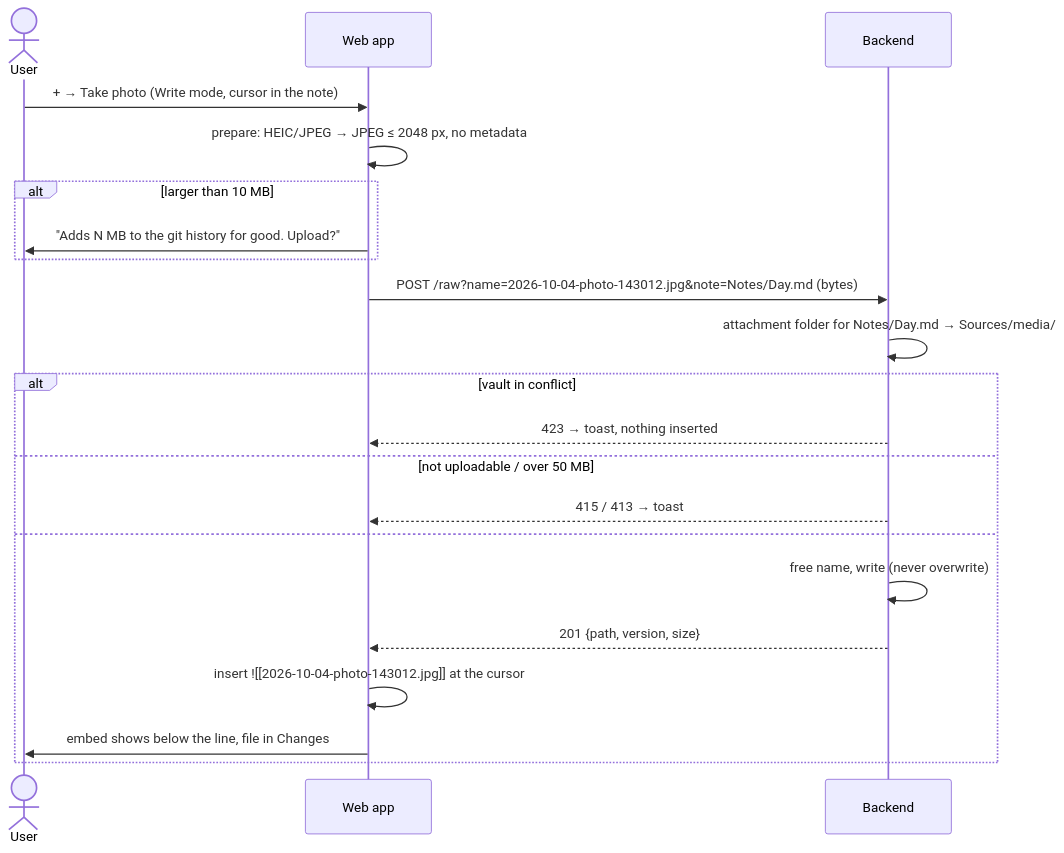
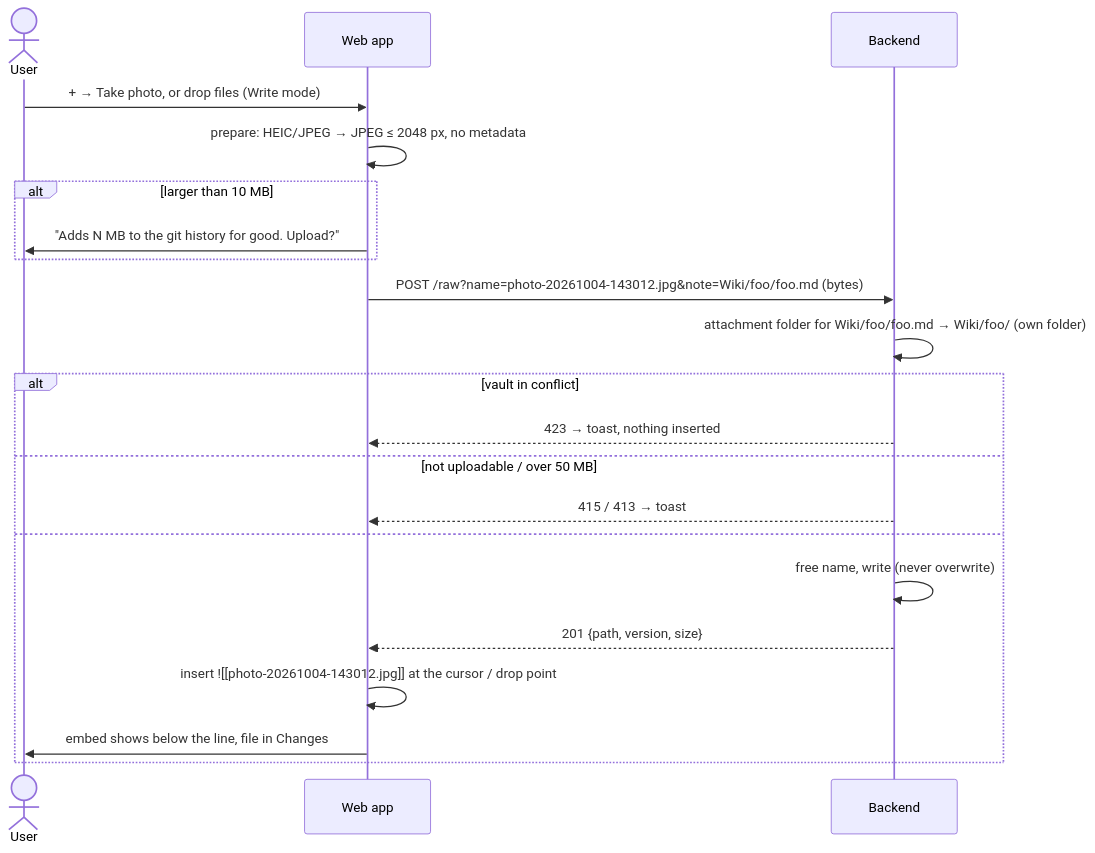
Before and after one commit to tillg/karpathy.app: the third of 4 diagrams in specs/changes/attachments/domain.md, drawn with Mermaid. The commit also changed other lines of this file and 3 other files, not shown here.

First line of the commit message:
spec(attachments): own-folder rule, page move, drag and drop

````diff
--- a/specs/changes/attachments/domain.md
+++ b/specs/changes/attachments/domain.md
@@ -61,23 +121,23 @@
 ```mermaid
 sequenceDiagram
     actor U as User
     participant W as Web app
     participant B as Backend
-    U->>W: + → Take photo (Write mode, cursor in the note)
+    U->>W: + → Take photo, or drop files (Write mode)
     W->>W: prepare: HEIC/JPEG → JPEG ≤ 2048 px, no metadata
     alt larger than 10 MB
       W->>U: "Adds N MB to the git history for good. Upload?"
     end
-    W->>B: POST /raw?name=2026-10-04-photo-143012.jpg&note=Notes/Day.md (bytes)
-    B->>B: attachment folder for Notes/Day.md → Sources/media/
+    W->>B: POST /raw?name=photo-20261004-143012.jpg&note=Wiki/foo/foo.md (bytes)
+    B->>B: attachment folder for Wiki/foo/foo.md → Wiki/foo/ (own folder)
     alt vault in conflict
       B-->>W: 423 → toast, nothing inserted
     else not uploadable / over 50 MB
       B-->>W: 415 / 413 → toast
     else
       B->>B: free name, write (never overwrite)
       B-->>W: 201 {path, version, size}
-      W->>W: insert ![[2026-10-04-photo-143012.jpg]] at the cursor
+      W->>W: insert ![[photo-20261004-143012.jpg]] at the cursor / drop point
       W->>U: embed shows below the line, file in Changes
     end
 ```
````
